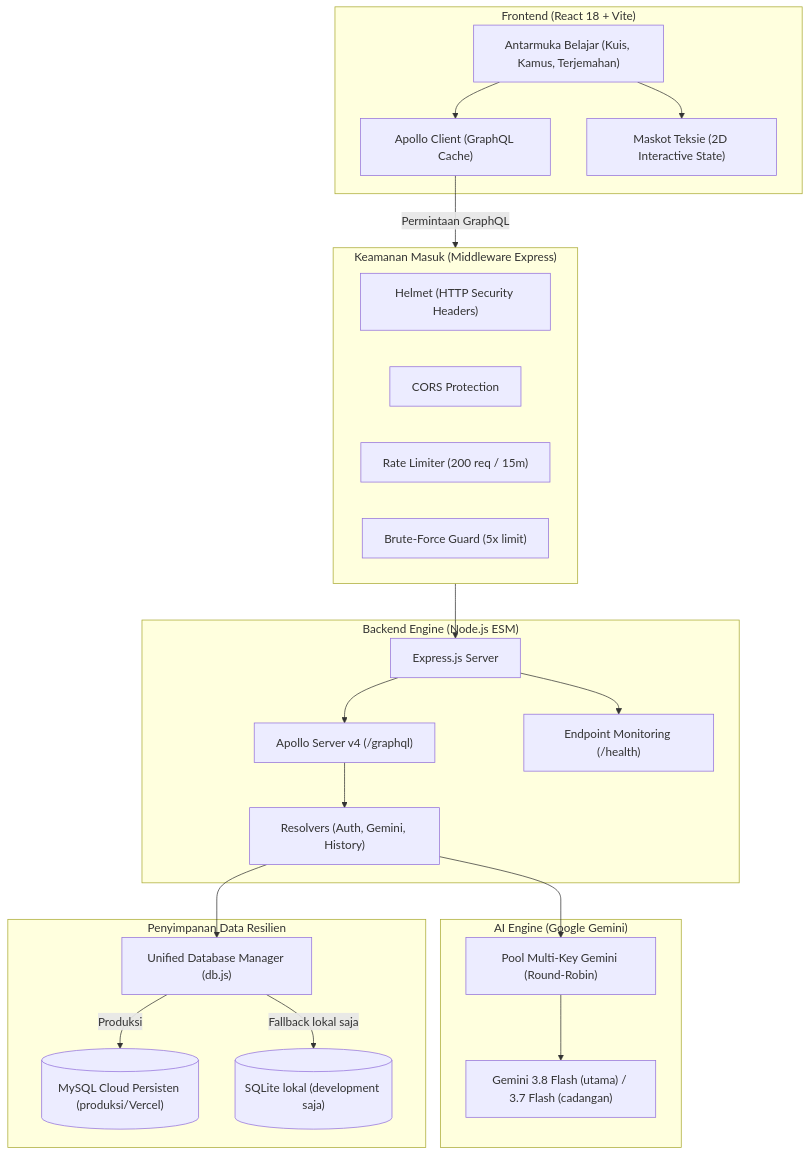
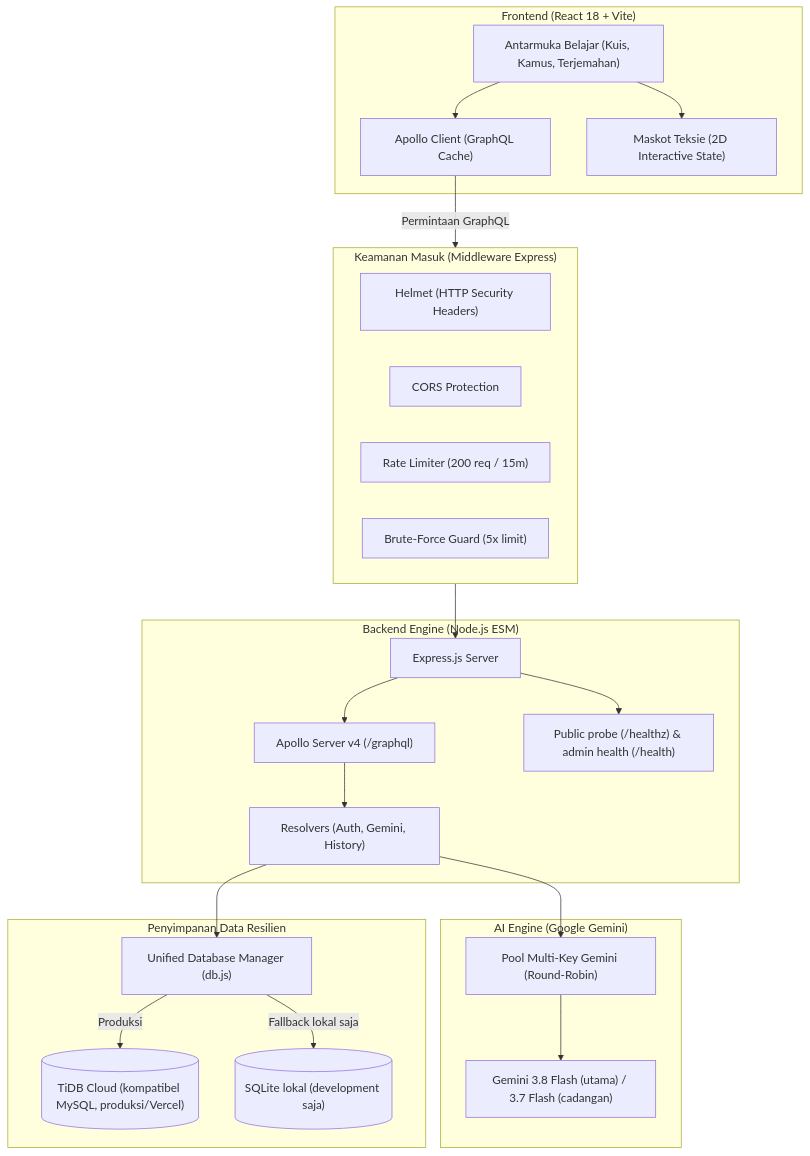
Before and after one commit to SlmAlhdr/pahamteks: the diagram in docs/ARCHITECTURE.md, drawn with Mermaid. The commit also changed other lines of this file and 13 other files, not shown here.

````diff
--- a/docs/ARCHITECTURE.md
+++ b/docs/ARCHITECTURE.md
@@ -9,48 +9,48 @@
 ```mermaid
 flowchart TD
     subgraph Client ["Frontend (React 18 + Vite)"]
         UI["Antarmuka Belajar (Kuis, Kamus, Terjemahan)"]
         Apollo["Apollo Client (GraphQL Cache)"]
         Mascot["Maskot Teksie (2D Interactive State)"]
         UI --> Apollo
         UI --> Mascot
     end
 
     subgraph Security ["Keamanan Masuk (Middleware Express)"]
         Helmet["Helmet (HTTP Security Headers)"]
         CORS["CORS Protection"]
         RateLimit["Rate Limiter (200 req / 15m)"]
         BruteGuard["Brute-Force Guard (5x limit)"]
     end
 
     subgraph Backend ["Backend Engine (Node.js ESM)"]
         Express["Express.js Server"]
         GraphQL["Apollo Server v4 (/graphql)"]
-        HealthEndpoint["Endpoint Monitoring (/health)"]
+        HealthEndpoint["Public probe (/healthz) & admin health (/health)"]
         Resolvers["Resolvers (Auth, Gemini, History)"]
         
         Express --> GraphQL
         Express --> HealthEndpoint
         GraphQL --> Resolvers
     end
 
     subgraph AI ["AI Engine (Google Gemini)"]
         KeyPool["Pool Multi-Key Gemini (Round-Robin)"]
         GeminiAPI["Gemini 3.8 Flash (utama) / 3.7 Flash (cadangan)"]
         KeyPool --> GeminiAPI
     end
 
     subgraph DataLayer ["Penyimpanan Data Resilien"]
         DBManager["Unified Database Manager (db.js)"]
-        MySQL[("MySQL Cloud Persisten (produksi/Vercel)")]
+        TiDB[("TiDB Cloud (kompatibel MySQL, produksi/Vercel)")]
         SQLite[("SQLite lokal (development saja)")]
         
-        DBManager -->|Produksi| MySQL
+        DBManager -->|Produksi| TiDB
         DBManager -->|Fallback lokal saja| SQLite
     end
 
     Apollo -->|Permintaan GraphQL| Security
     Security --> Express
     Resolvers --> KeyPool
     Resolvers --> DBManager
 ```
````
